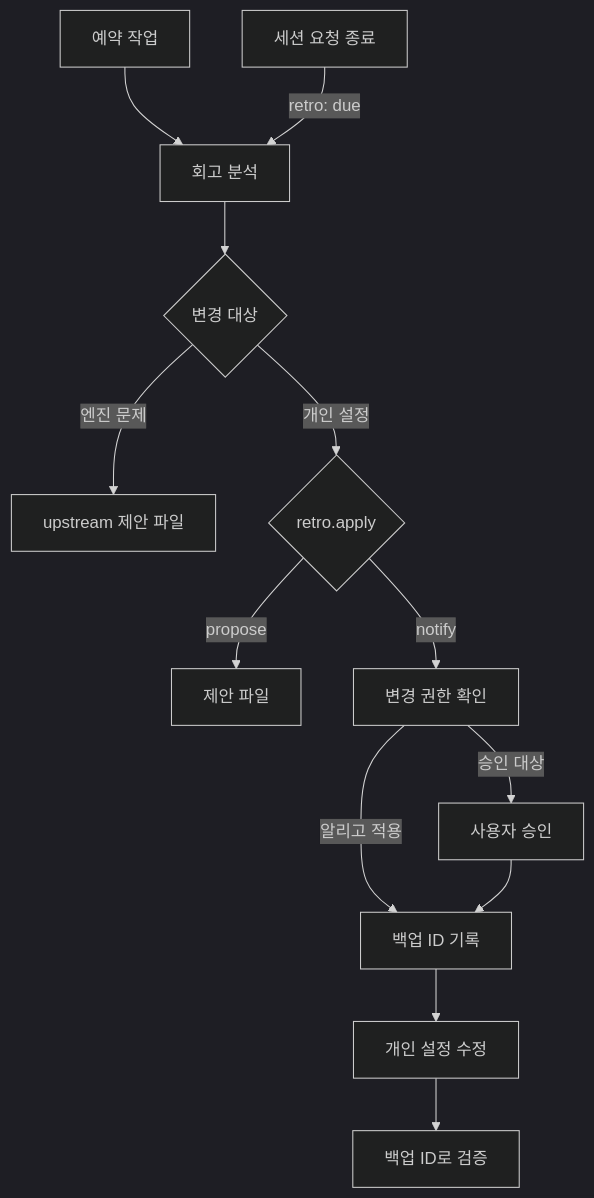
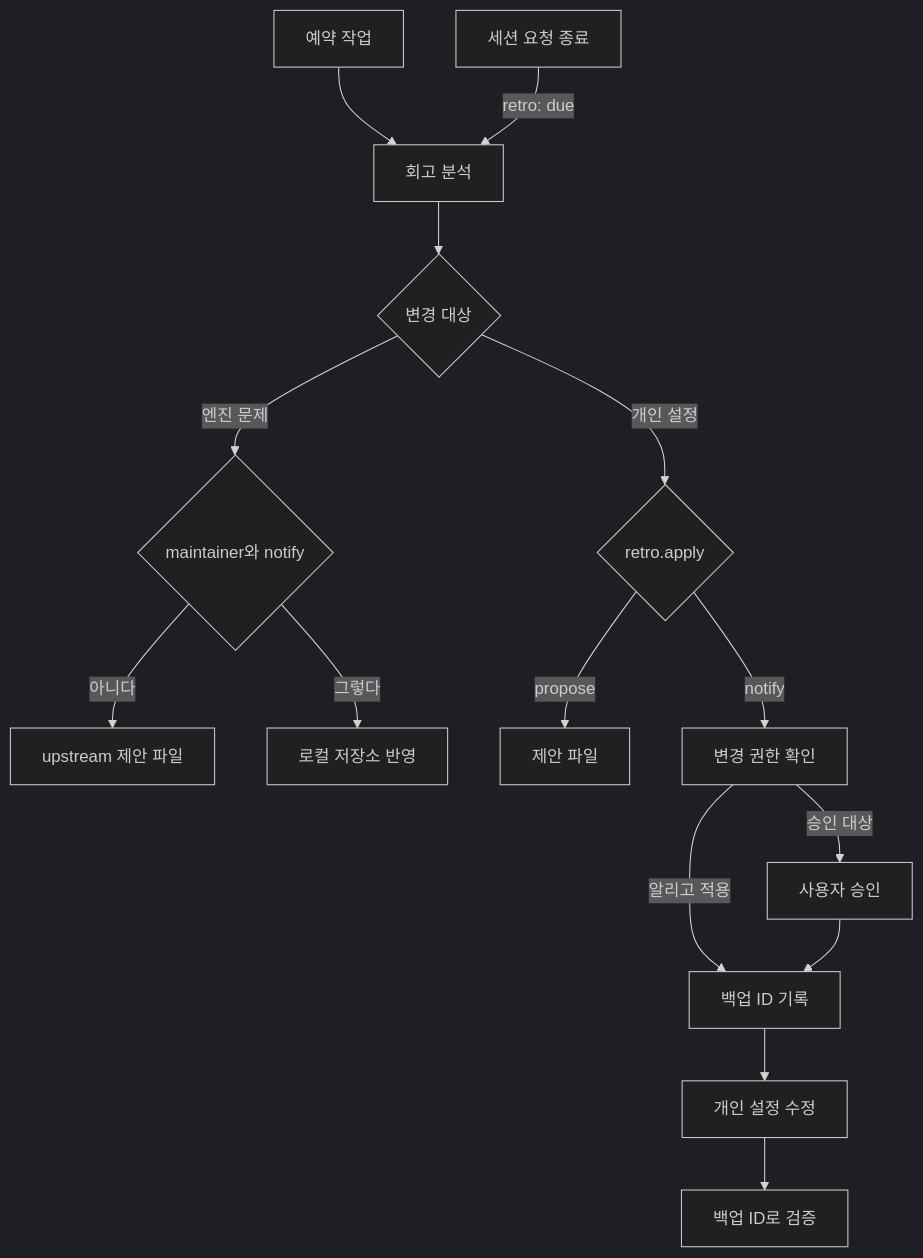
The diagram in skills/kp-conductor/references/retrospective.md (project820/kp-conductor), drawn with Mermaid (dark theme) before and after one commit. The commit also changed other lines of this file and 14 other files, not shown here.

````diff
--- a/skills/kp-conductor/references/retrospective.md
+++ b/skills/kp-conductor/references/retrospective.md
@@ -5,15 +7,17 @@
 ```mermaid
 flowchart TD
   A["예약 작업"] --> C["회고 분석"]
   B["세션 요청 종료"] -->|"retro: due"| C
   C --> D{"변경 대상"}
-  D -->|"엔진 문제"| E["upstream 제안 파일"]
+  D -->|"엔진 문제"| M{"maintainer와 notify"}
+  M -->|"아니다"| E["upstream 제안 파일"]
+  M -->|"그렇다"| N["로컬 저장소 반영"]
   D -->|"개인 설정"| F{"retro.apply"}
   F -->|"propose"| G["제안 파일"]
   F -->|"notify"| H["변경 권한 확인"]
   H -->|"승인 대상"| I["사용자 승인"]
   H -->|"알리고 적용"| J["백업 ID 기록"]
   I --> J
   J --> K["개인 설정 수정"]
   K --> L["백업 ID로 검증"]
 ```
````
